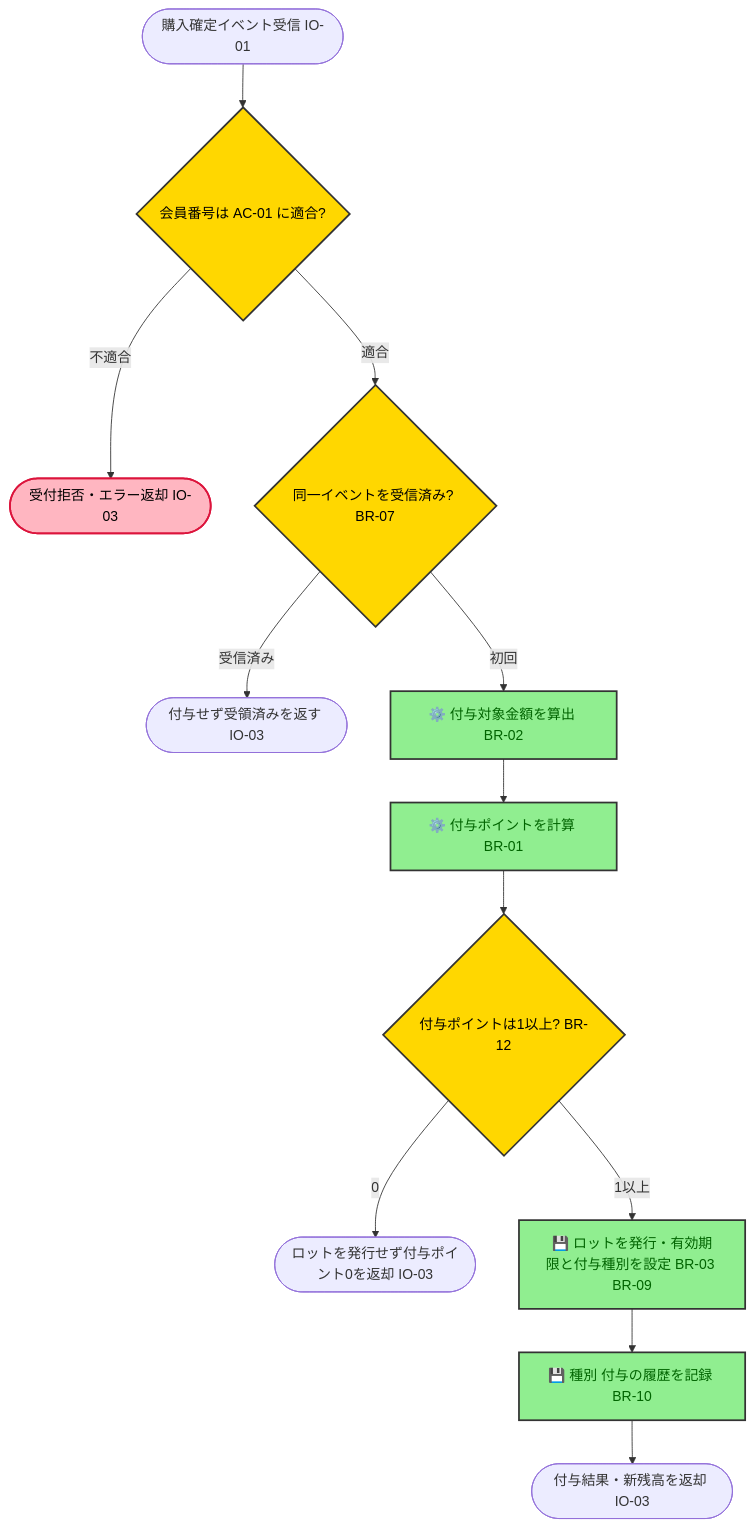
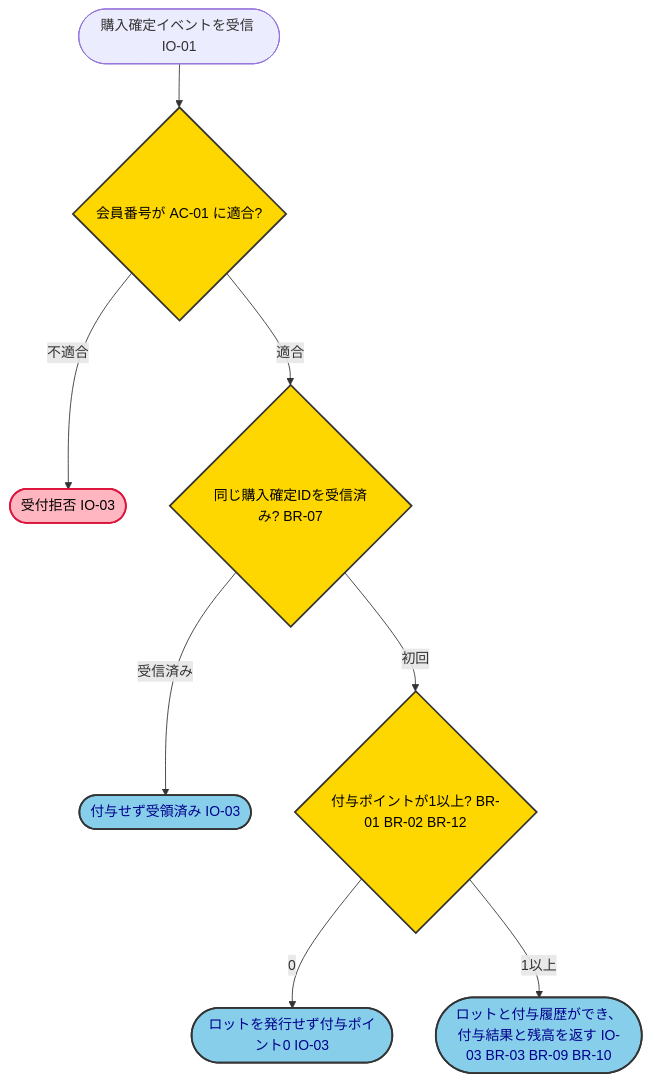
One commit to kasiopeiya/claude-dev-template changed the third of 6 diagrams in samples/docs/requirements-detail.md. Above: the diagram before and after it, drawn with Mermaid. The commit also changed other lines of this file and 1 other file, not shown here.

First line of the commit message:
docs: 要件定義書の手本から処理のやり方を外し、アクティビティ図を機能仕様から描き起こす (#1915, #1916)

````diff
--- a/samples/docs/requirements-detail.md
+++ b/samples/docs/requirements-detail.md
@@ -569,21 +567,17 @@
 ```mermaid
 flowchart TD
-    start([購入確定イベント受信 IO-01]) --> valid{会員番号は AC-01 に適合?}
-    valid -->|不適合| reject([受付拒否・エラー返却 IO-03])
-    valid -->|適合| dup{同一イベントを受信済み? BR-07}
-    dup -->|受信済み| ack([付与せず受領済みを返す IO-03])
-    dup -->|初回| target[⚙️ 付与対象金額を算出 BR-02]
-    target --> calc[⚙️ 付与ポイントを計算 BR-01]
-    calc --> zero{付与ポイントは1以上? BR-12}
-    zero -->|0| none([ロットを発行せず付与ポイント0を返却 IO-03])
-    zero -->|1以上| lot[💾 ロットを発行・有効期限と付与種別を設定 BR-03 BR-09]
-    lot --> hist[💾 種別 付与の履歴を記録 BR-10]
-    hist --> resp([付与結果・新残高を返却 IO-03])
+    start(["購入確定イベントを受信 IO-01"]) --> valid{"会員番号が AC-01 に適合?"}
+    valid -->|不適合| reject(["受付拒否 IO-03"])
+    valid -->|適合| dup{"同じ購入確定IDを受信済み? BR-07"}
+    dup -->|受信済み| ack(["付与せず受領済み IO-03"])
+    dup -->|初回| zero{"付与ポイントが1以上? BR-01 BR-02 BR-12"}
+    zero -->|0| none(["ロットを発行せず付与ポイント0 IO-03"])
+    zero -->|1以上| granted(["ロットと付与履歴ができ、付与結果と残高を返す IO-03 BR-03 BR-09 BR-10"])
 
-    classDef step fill:#90EE90,stroke:#333,stroke-width:2px,color:darkgreen
     classDef decision fill:#FFD700,stroke:#333,stroke-width:2px,color:black
+    classDef result fill:#87CEEB,stroke:#333,stroke-width:2px,color:darkblue
     classDef error fill:#FFB6C1,stroke:#DC143C,stroke-width:2px,color:black
-    class target,calc,lot,hist step
     class valid,dup,zero decision
+    class ack,none,granted result
     class reject error
 ```
````
